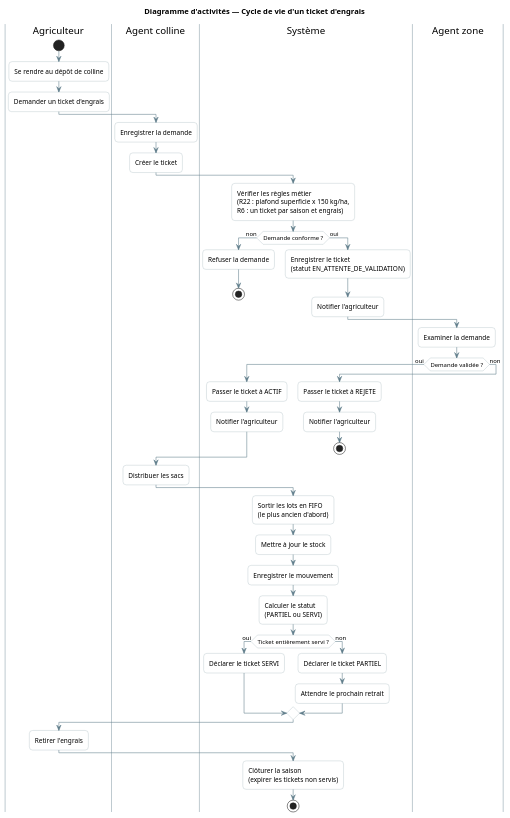
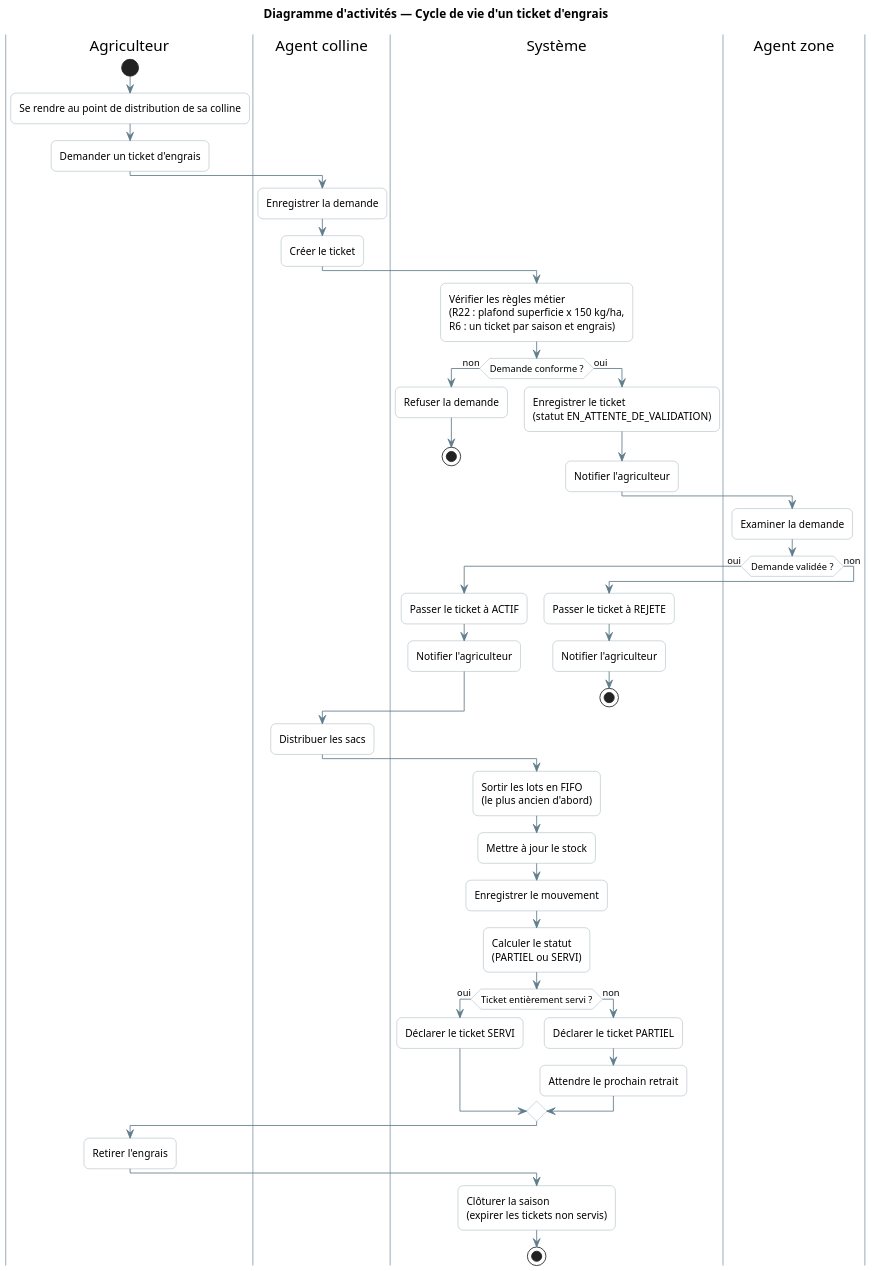
The diagram in memoire_assets/puml_src/activity_diagram.puml (Davy-Antosper/memoire), drawn with PlantUML before and after one commit. The commit also changed 29 other files, not shown here.

Commit message:
Rapport aligne sur le modele FOMI (commune, depots province/zone), figures PlantUML regenerees et PDF a jour

```diff
--- a/memoire_assets/puml_src/activity_diagram.puml
+++ b/memoire_assets/puml_src/activity_diagram.puml
@@ -1,74 +1,75 @@
 @startuml
 title Diagramme d'activités — Cycle de vie d'un ticket d'engrais
 skinparam shadowing false
 skinparam roundCorner 12
 skinparam DefaultFontName "Segoe UI"
+skinparam dpi 150
 skinparam ArrowColor #607D8B
 skinparam ActivityBackgroundColor #FFFFFF
 skinparam ActivityBorderColor #90A4AE
 skinparam SwimlaneBorderColor #B0BEC5
 skinparam conditionStyle inside
 
 |Agriculteur|
 start
-:Se rendre au dépôt de colline;
+:Se rendre au point de distribution de sa colline;
 :Demander un ticket d'engrais;
 
 |Agent colline|
 :Enregistrer la demande;
 :Créer le ticket;
 
 |Système|
 :Vérifier les règles métier
 (R22 : plafond superficie x 150 kg/ha,
 R6 : un ticket par saison et engrais);
 
 if (Demande conforme ?) then (non)
   :Refuser la demande;
   stop
 else (oui)
   :Enregistrer le ticket
   (statut EN_ATTENTE_DE_VALIDATION);
   :Notifier l'agriculteur;
 endif
 
 |Agent zone|
 :Examiner la demande;
 
 if (Demande validée ?) then (oui)
   |Système|
   :Passer le ticket à ACTIF;
   :Notifier l'agriculteur;
 else (non)
   |Système|
   :Passer le ticket à REJETE;
   :Notifier l'agriculteur;
   stop
 endif
 
 |Agent colline|
 :Distribuer les sacs;
 
 |Système|
 :Sortir les lots en FIFO
 (le plus ancien d'abord);
 :Mettre à jour le stock;
 :Enregistrer le mouvement;
 :Calculer le statut
 (PARTIEL ou SERVI);
 
 if (Ticket entièrement servi ?) then (oui)
   :Déclarer le ticket SERVI;
 else (non)
   :Déclarer le ticket PARTIEL;
   :Attendre le prochain retrait;
 endif
 
 |Agriculteur|
 :Retirer l'engrais;
 
 |Système|
 :Clôturer la saison
 (expirer les tickets non servis);
 stop
 @enduml
```
